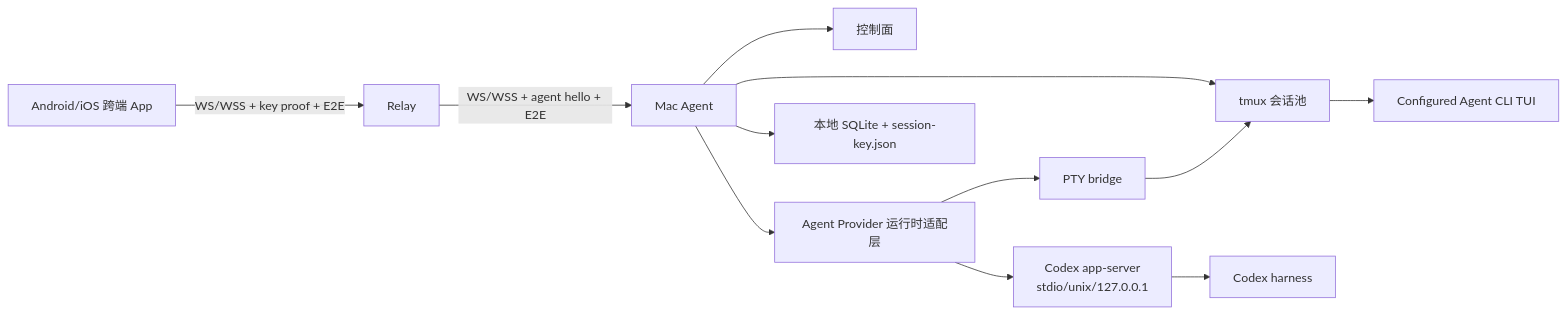
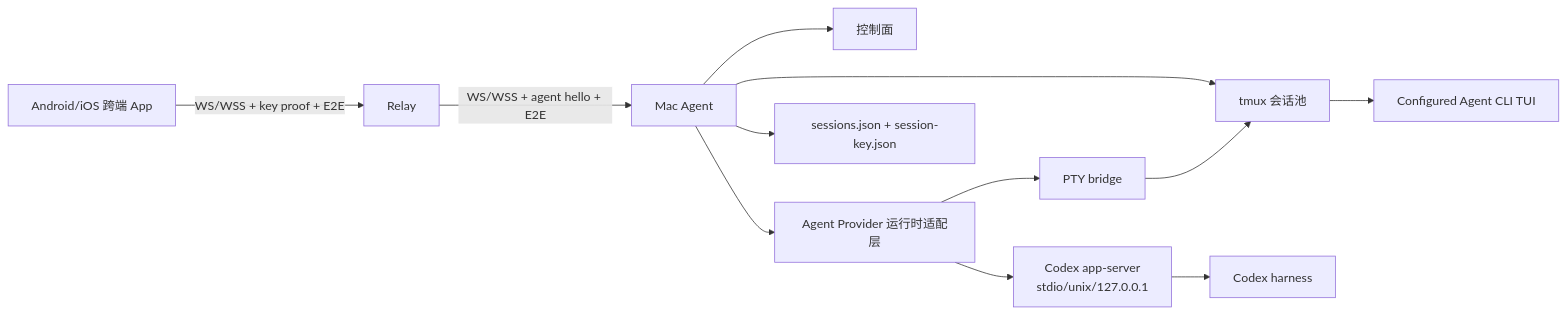
One commit to zhangbozhb/OmniWork changed the first of 2 diagrams in docs/mobile-codex-tui-technical-solution.md. Above: the diagram before and after it, drawn with Mermaid. The commit also changed other lines of this file and 16 other files, not shown here.

````diff
--- a/docs/mobile-codex-tui-technical-solution.md
+++ b/docs/mobile-codex-tui-technical-solution.md
@@ -199,17 +198,17 @@
 ```mermaid
 flowchart LR
   Phone["Android/iOS 跨端 App"] -->|WS/WSS + key proof + E2E| Relay["Relay"]
   Relay -->|WS/WSS + agent hello + E2E| Agent["Mac Agent"]
 
   Agent --> Control["控制面"]
   Agent --> Runtime["Agent Provider 运行时适配层"]
   Agent --> Tmux["tmux 会话池"]
-  Agent --> Store["本地 SQLite + session-key.json"]
+  Agent --> Store["sessions.json + session-key.json"]
 
   Runtime --> AppServer["Codex app-server<br/>stdio/unix/127.0.0.1"]
   Runtime --> PTY["PTY bridge"]
   PTY --> Tmux
   Tmux --> ProviderTUI["Configured Agent CLI TUI"]
 
   AppServer --> CodexHarness["Codex harness"]
 ```
````
